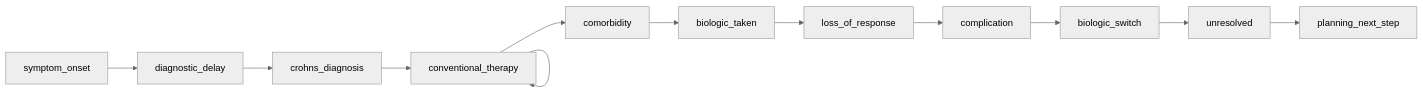
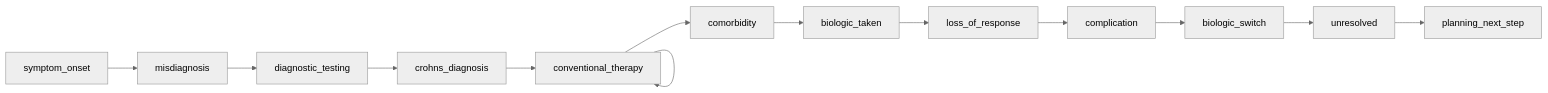
One commit to carecodeconnect/crohnicity changed diagram 31 of 50 in docs/referral_pathways.md. Above: the diagram before and after it, drawn with Mermaid. The commit also changed other lines of this file and 107 other files, not shown here.

````diff
--- a/docs/referral_pathways.md
+++ b/docs/referral_pathways.md
@@ -1147,26 +1170,28 @@
 ``` mermaid
 %%{init: {'theme':'neutral'}}%%
 flowchart LR
     n0["symptom_onset"]
-    n1["diagnostic_delay"]
-    n2["crohns_diagnosis"]
-    n3["conventional_therapy"]
-    n4["comorbidity"]
-    n5["biologic_taken"]
-    n6["loss_of_response"]
-    n7["complication"]
-    n8["biologic_switch"]
-    n9["unresolved"]
-    n10["planning_next_step"]
+    n1["misdiagnosis"]
+    n2["diagnostic_testing"]
+    n3["crohns_diagnosis"]
+    n4["conventional_therapy"]
+    n5["comorbidity"]
+    n6["biologic_taken"]
+    n7["loss_of_response"]
+    n8["complication"]
+    n9["biologic_switch"]
+    n10["unresolved"]
+    n11["planning_next_step"]
     n0 -->n1
     n1 -->n2
     n2 -->n3
-    n3 -->n3
     n3 -->n4
+    n4 -->n4
     n4 -->n5
     n5 -->n6
     n6 -->n7
     n7 -->n8
     n8 -->n9
     n9 -->n10
+    n10 -->n11
 ```
````
